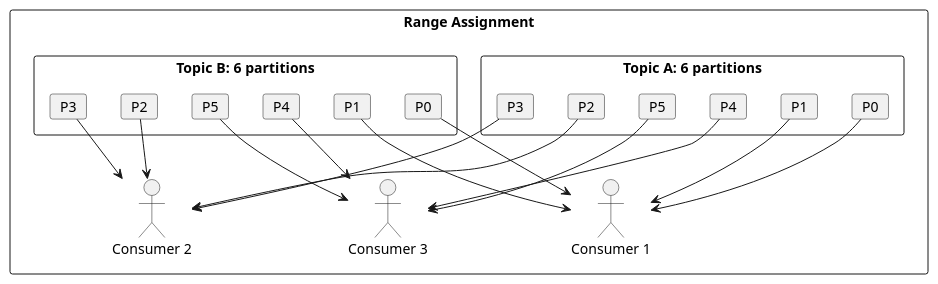
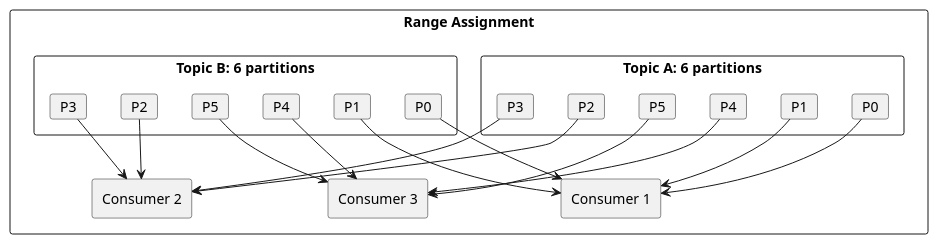
The third of 5 diagrams in docs/data-platforms/kafka/application-development/consumers/consumer-groups.md (axonops/documentation), drawn with PlantUML before and after one commit. The commit also changed other lines of this file and 4 other files, not shown here.

Commit message:
Replacing actors with rectangles in plantuml diagrams

````diff
--- a/docs/data-platforms/kafka/application-development/consumers/consumer-groups.md
+++ b/docs/data-platforms/kafka/application-development/consumers/consumer-groups.md
@@ -112,45 +112,45 @@
 ```plantuml
 @startuml
 
 skinparam backgroundColor transparent
 
 rectangle "Range Assignment" {
     rectangle "Topic A: 6 partitions" as TA {
         card "P0" as A0
         card "P1" as A1
         card "P2" as A2
         card "P3" as A3
         card "P4" as A4
         card "P5" as A5
     }
 
     rectangle "Topic B: 6 partitions" as TB {
         card "P0" as B0
         card "P1" as B1
         card "P2" as B2
         card "P3" as B3
         card "P4" as B4
         card "P5" as B5
     }
 
-    actor "Consumer 1" as C1
-    actor "Consumer 2" as C2
-    actor "Consumer 3" as C3
+    rectangle "Consumer 1" as C1
+    rectangle "Consumer 2" as C2
+    rectangle "Consumer 3" as C3
 
     A0 --> C1
     A1 --> C1
     A2 --> C2
     A3 --> C2
     A4 --> C3
     A5 --> C3
 
     B0 --> C1
     B1 --> C1
     B2 --> C2
     B3 --> C2
     B4 --> C3
     B5 --> C3
 }
 
 @enduml
 ```
````
